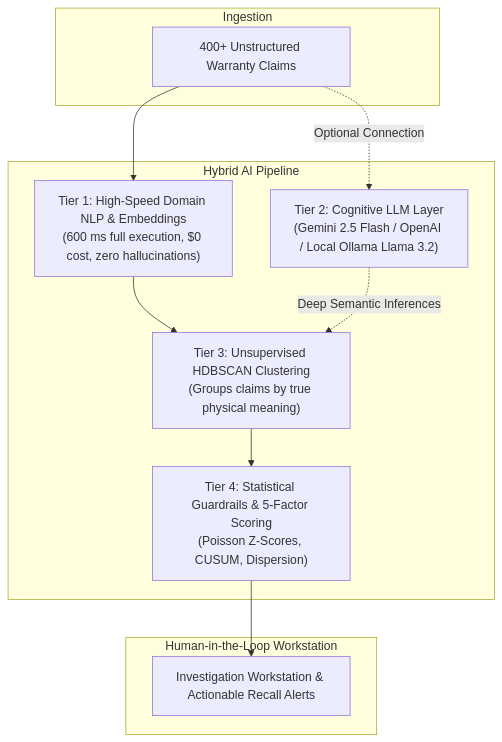
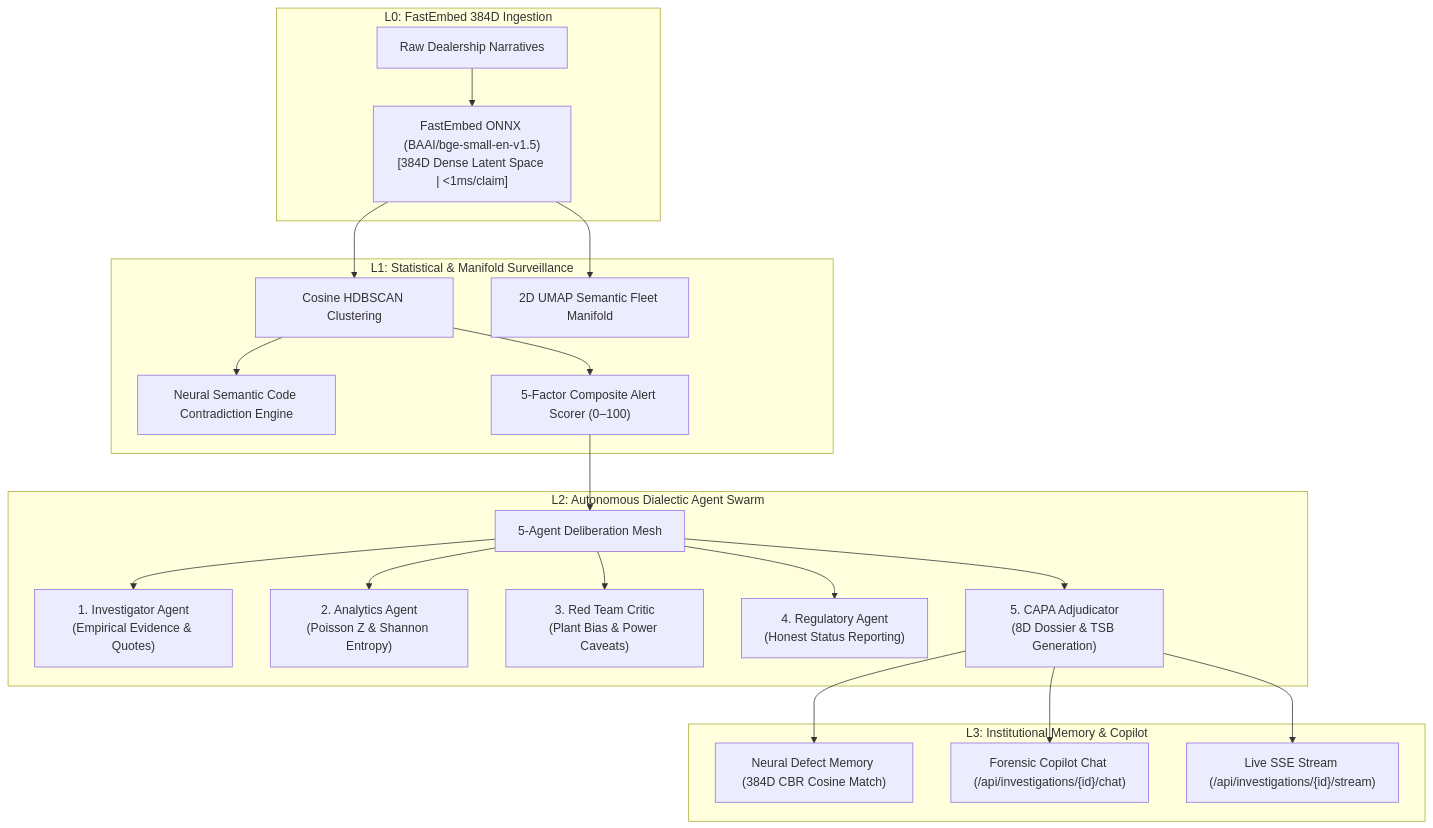
Before and after one commit to Unknownx-x1/Warrantyminer: the diagram in README.md, drawn with Mermaid. The commit also changed other lines of this file, not shown here.

Commit message:
docs: update comprehensive README with multi-agent mesh, UMAP manifold, neural CBR, and 50/50 test verification

````diff
--- a/README.md
+++ b/README.md
@@ -104,20 +88,28 @@
 ```mermaid
 flowchart TD
-    subgraph Ingestion
-        A["400+ Unstructured Warranty Claims"]
+    subgraph L0 ["L0: FastEmbed 384D Ingestion"]
+        Claims["Raw Dealership Narratives"] --> FE["FastEmbed ONNX (BAAI/bge-small-en-v1.5)\n[384D Dense Latent Space | <1ms/claim]"]
     end
 
-    subgraph Hybrid AI Pipeline
-        A --> B["Tier 1: High-Speed Domain NLP & Embeddings\n(600 ms full execution, $0 cost, zero hallucinations)"]
-        A -. Optional Connection .-> C["Tier 2: Cognitive LLM Layer\n(Gemini 2.5 Flash / OpenAI / Local Ollama Llama 3.2)"]
-        
-        B --> D["Tier 3: Unsupervised HDBSCAN Clustering\n(Groups claims by true physical meaning)"]
-        C -. Deep Semantic Inferences .-> D
-        
-        D --> E["Tier 4: Statistical Guardrails & 5-Factor Scoring\n(Poisson Z-Scores, CUSUM, Dispersion)"]
+    subgraph L1 ["L1: Statistical & Manifold Surveillance"]
+        FE --> HDB["Cosine HDBSCAN Clustering"]
+        FE --> UMAP["2D UMAP Semantic Fleet Manifold"]
+        HDB --> NLI["Neural Semantic Code Contradiction Engine"]
+        HDB --> Score["5-Factor Composite Alert Scorer (0–100)"]
     end
 
-    subgraph Human-in-the-Loop Workstation
-        E --> F["Investigation Workstation & Actionable Recall Alerts"]
+    subgraph L2 ["L2: Autonomous Dialectic Agent Swarm"]
+        Score --> Mesh["5-Agent Deliberation Mesh"]
+        Mesh --> A1["1. Investigator Agent\n(Empirical Evidence & Quotes)"]
+        Mesh --> A2["2. Analytics Agent\n(Poisson Z & Shannon Entropy)"]
+        Mesh --> A3["3. Red Team Critic\n(Plant Bias & Power Caveats)"]
+        Mesh --> A4["4. Regulatory Agent\n(Honest Status Reporting)"]
+        Mesh --> A5["5. CAPA Adjudicator\n(8D Dossier & TSB Generation)"]
+    end
+
+    subgraph L3 ["L3: Institutional Memory & Copilot"]
+        A5 --> CBR["Neural Defect Memory (384D CBR Cosine Match)"]
+        A5 --> Copilot["Forensic Copilot Chat (/api/investigations/{id}/chat)"]
+        A5 --> Stream["Live SSE Stream (/api/investigations/{id}/stream)"]
     end
 ```
````
